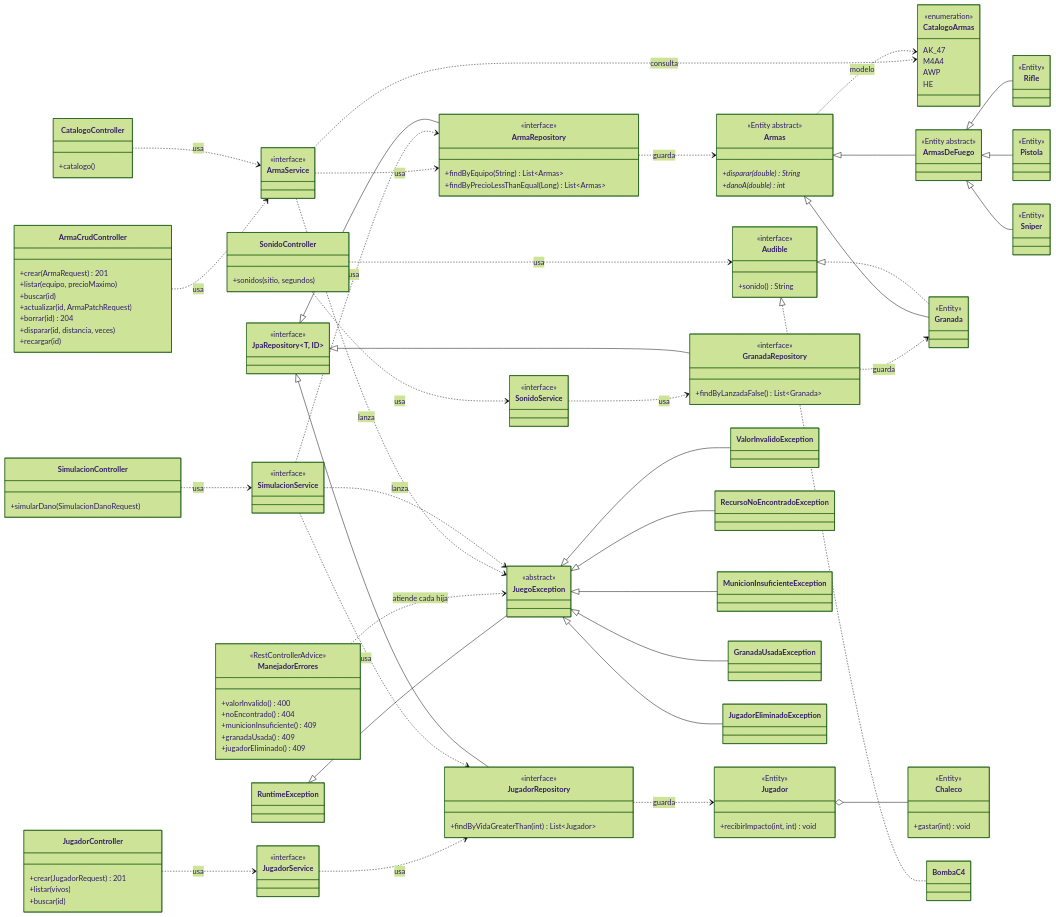
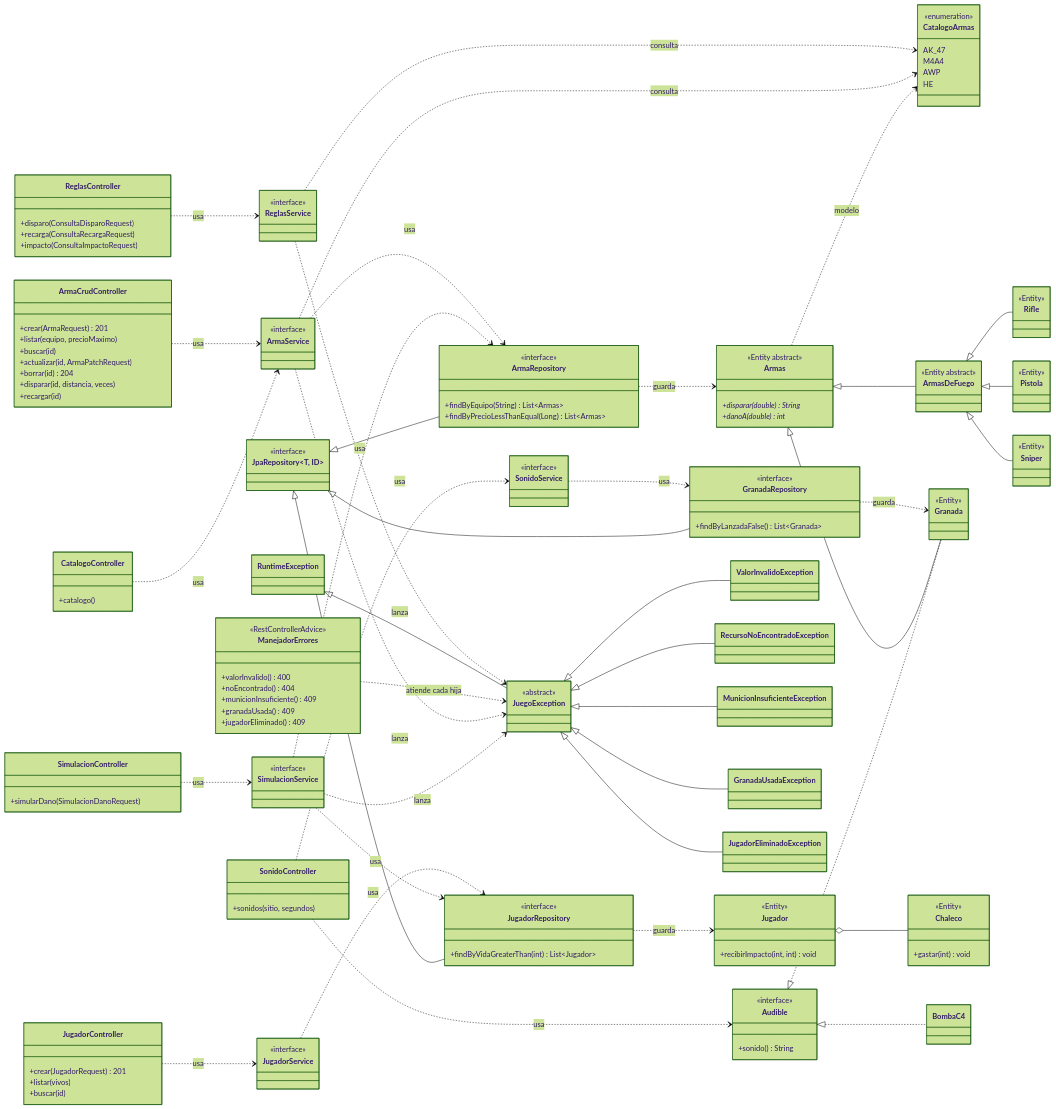
The first of 2 diagrams in README.md (Pomona06/MK-taller-git-2026), drawn with Mermaid (forest theme) before and after one commit. The commit also changed other lines of this file and 1 other file, not shown here.

```diff
--- a/README.md
+++ b/README.md
@@ -268,6 +339,11 @@
     class SonidoController {
         +sonidos(sitio, segundos)
     }
+    class ReglasController {
+        +disparo(ConsultaDisparoRequest)
+        +recarga(ConsultaRecargaRequest)
+        +impacto(ConsultaImpactoRequest)
+    }
     class ManejadorErrores {
         <<RestControllerAdvice>>
         +valorInvalido() 400
@@ -286,6 +362,9 @@
         <<interface>>
     }
     class SonidoService {
+        <<interface>>
+    }
+    class ReglasService {
         <<interface>>
     }
     class CatalogoArmas {
@@ -360,6 +439,9 @@
     SimulacionController ..> SimulacionService : usa
     SonidoController ..> SonidoService : usa
     SonidoController ..> Audible : usa
+    ReglasController ..> ReglasService : usa
+    ReglasService ..> CatalogoArmas : consulta
+    ReglasService ..> JuegoException : lanza
     ArmaService ..> CatalogoArmas : consulta
     ArmaService ..> ArmaRepository : usa
     JugadorService ..> JugadorRepository : usa
```
